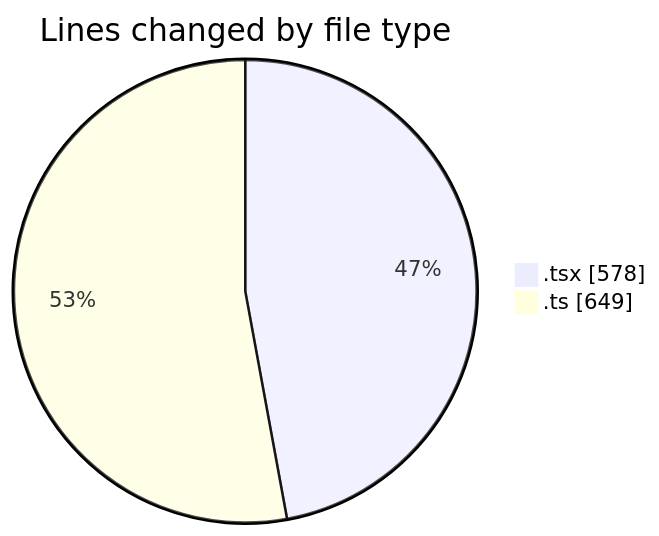
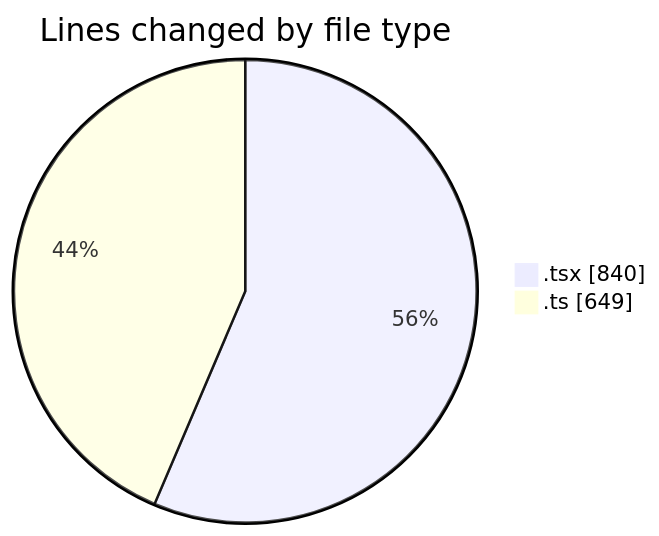
One commit to julien-gomy/code-tracking changed the first of 2 diagrams in 2025-10-15/eventscop-frontend-guide__workspace_/README.md. Above: the diagram before and after it, drawn with Mermaid. The commit also changed other lines of this file and 1 other file, not shown here.

````diff
--- a/2025-10-15/eventscop-frontend-guide__workspace_/README.md
+++ b/2025-10-15/eventscop-frontend-guide__workspace_/README.md
@@ -25,6 +26,6 @@
 ```mermaid
 pie showData
 title Lines changed by file type
-".tsx" : 578
+".tsx" : 840
 ".ts" : 649
 ```
````
